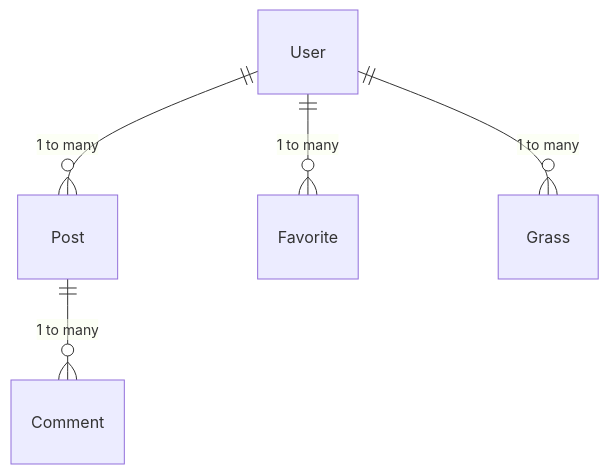
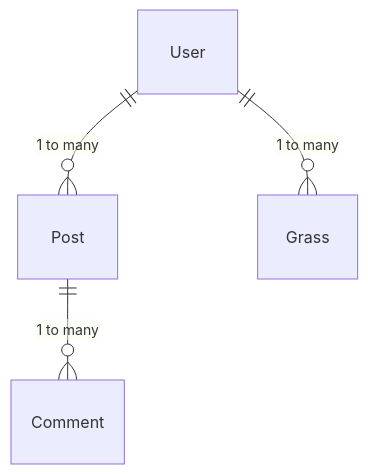
The second of 2 diagrams in README.md (yumekiti-archive/ClubsActivity), drawn with Mermaid before and after one commit. The commit also changed other lines of this file, not shown here.

````diff
--- a/README.md
+++ b/README.md
@@ -110,7 +103,6 @@
 ```mermaid
 erDiagram
     User ||--o{ Post : "1 to many"
-    User ||--o{ Favorite : "1 to many"
     User ||--o{ Grass : "1 to many"
     Post ||--o{ Comment : "1 to many"
 ```
````
